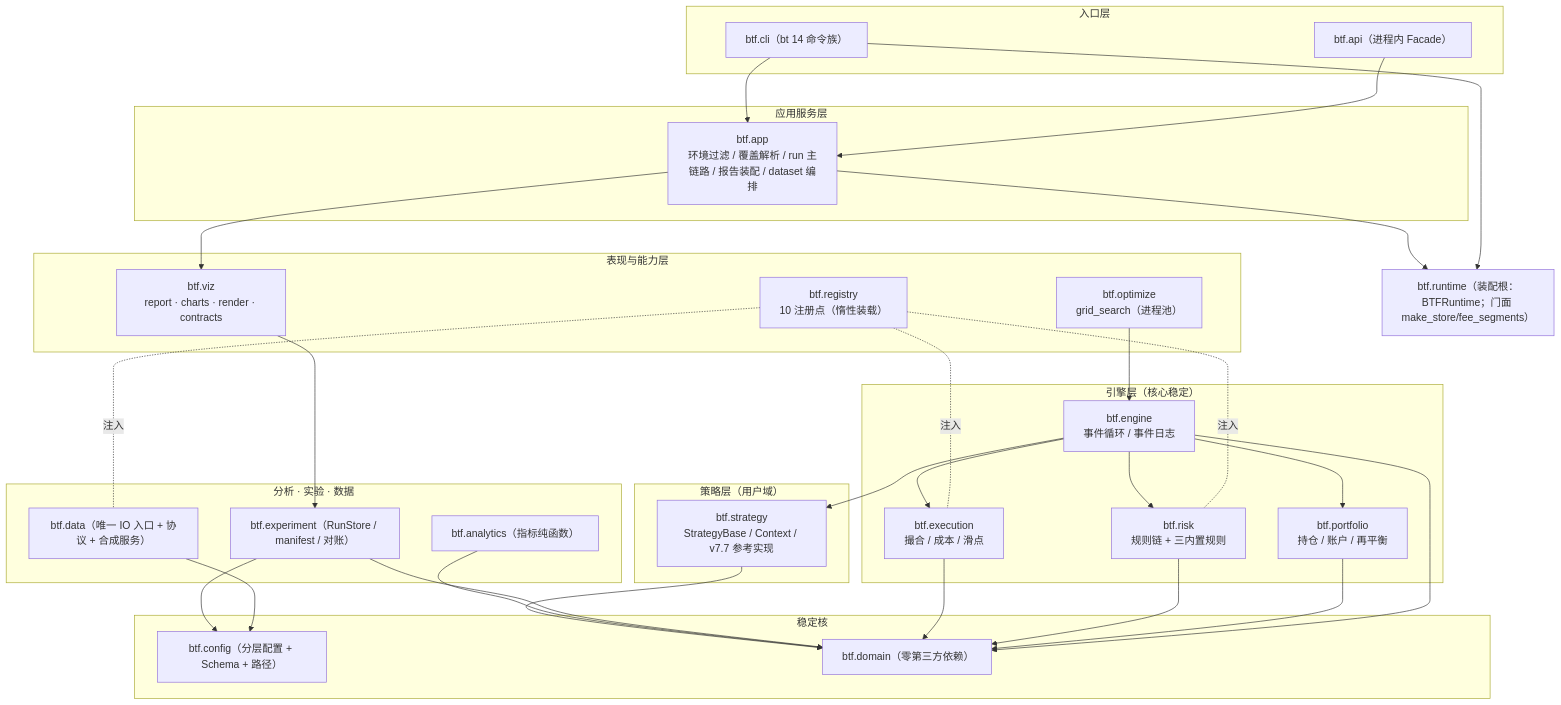
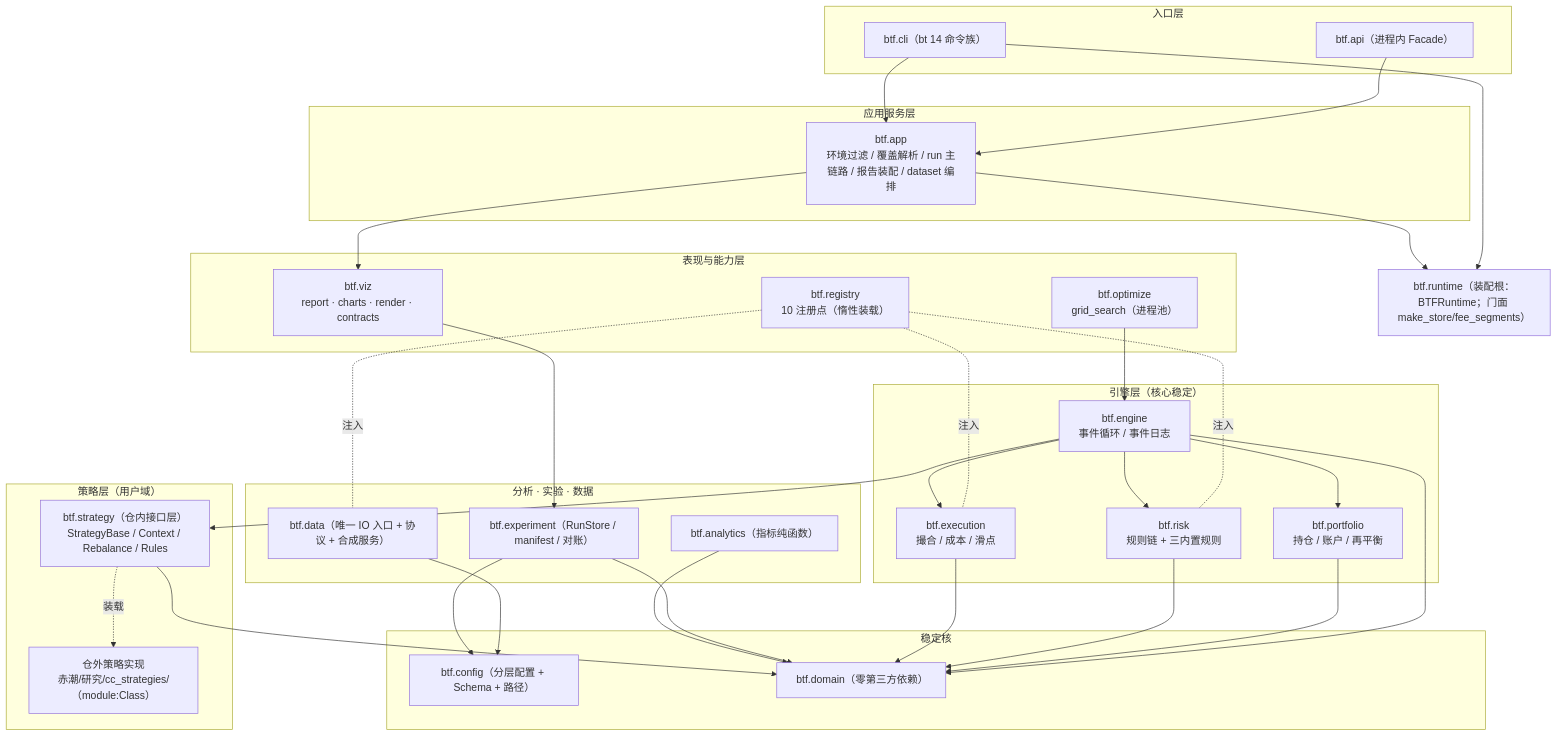
The diagram in 代码架构/回测工具架构/03-总体架构方案对比与推荐.md (1716250001/quant-strategy-infrastructure), drawn with Mermaid before and after one commit. The commit also changed other lines of this file and 19 other files, not shown here.

````diff
--- a/代码架构/回测工具架构/03-总体架构方案对比与推荐.md
+++ b/代码架构/回测工具架构/03-总体架构方案对比与推荐.md
@@ -39,58 +39,60 @@
 ```mermaid
 flowchart TB
     subgraph L6["入口层"]
         CLI["btf.cli（bt 14 命令族）"]
         API["btf.api（进程内 Facade）"]
     end
     subgraph L5["应用服务层"]
         APP["btf.app<br/>环境过滤 / 覆盖解析 / run 主链路 / 报告装配 / dataset 编排"]
     end
     subgraph L4["表现与能力层"]
         VIZ["btf.viz<br/>report · charts · render · contracts"]
         OPT["btf.optimize<br/>grid_search（进程池）"]
         REG["btf.registry<br/>10 注册点（惰性装载）"]
     end
     subgraph L3["引擎层（核心稳定）"]
         ENG["btf.engine<br/>事件循环 / 事件日志"]
         EXE["btf.execution<br/>撮合 / 成本 / 滑点"]
         RISK["btf.risk<br/>规则链 + 三内置规则"]
         PF["btf.portfolio<br/>持仓 / 账户 / 再平衡"]
     end
     subgraph L2["策略层（用户域）"]
-        ST["btf.strategy<br/>StrategyBase / Context / v7.7 参考实现"]
+        ST["btf.strategy（仓内接口层）<br/>StrategyBase / Context / Rebalance / Rules"]
+        EXT["仓外策略实现<br/>赤潮/研究/cc_strategies/（module:Class）"]
     end
     subgraph L1["分析 · 实验 · 数据"]
         AN["btf.analytics（指标纯函数）"]
         EXP["btf.experiment（RunStore / manifest / 对账）"]
         DATA["btf.data（唯一 IO 入口 + 协议 + 合成服务）"]
     end
     subgraph L0["稳定核"]
         CFG["btf.config（分层配置 + Schema + 路径）"]
         DOM["btf.domain（零第三方依赖）"]
     end
     RT["btf.runtime（装配根：BTFRuntime；门面 make_store/fee_segments）"]
 
     CLI --> APP
     API --> APP
     APP --> VIZ
     APP --> RT
     CLI --> RT
     VIZ --> EXP
     EXP --> CFG
     OPT --> ENG
     ENG --> ST
+    ST -. 装载 .-> EXT
     ENG --> PF
     ENG --> EXE
     ENG --> RISK
     ST --> DOM
     DATA --> CFG
     AN --> DOM
     EXP --> DOM
     EXE --> DOM
     RISK --> DOM
     PF --> DOM
     ENG --> DOM
     REG -.注入.- EXE
     REG -.注入.- RISK
     REG -.注入.- DATA
 ```
````
